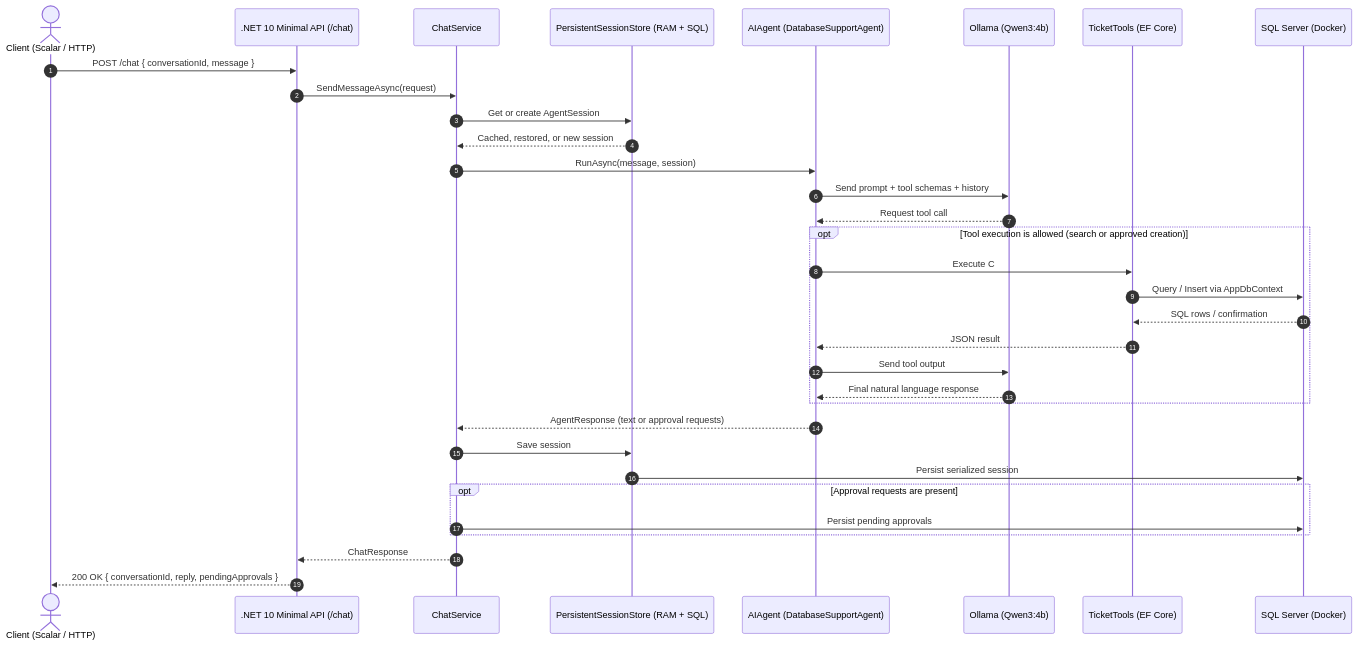
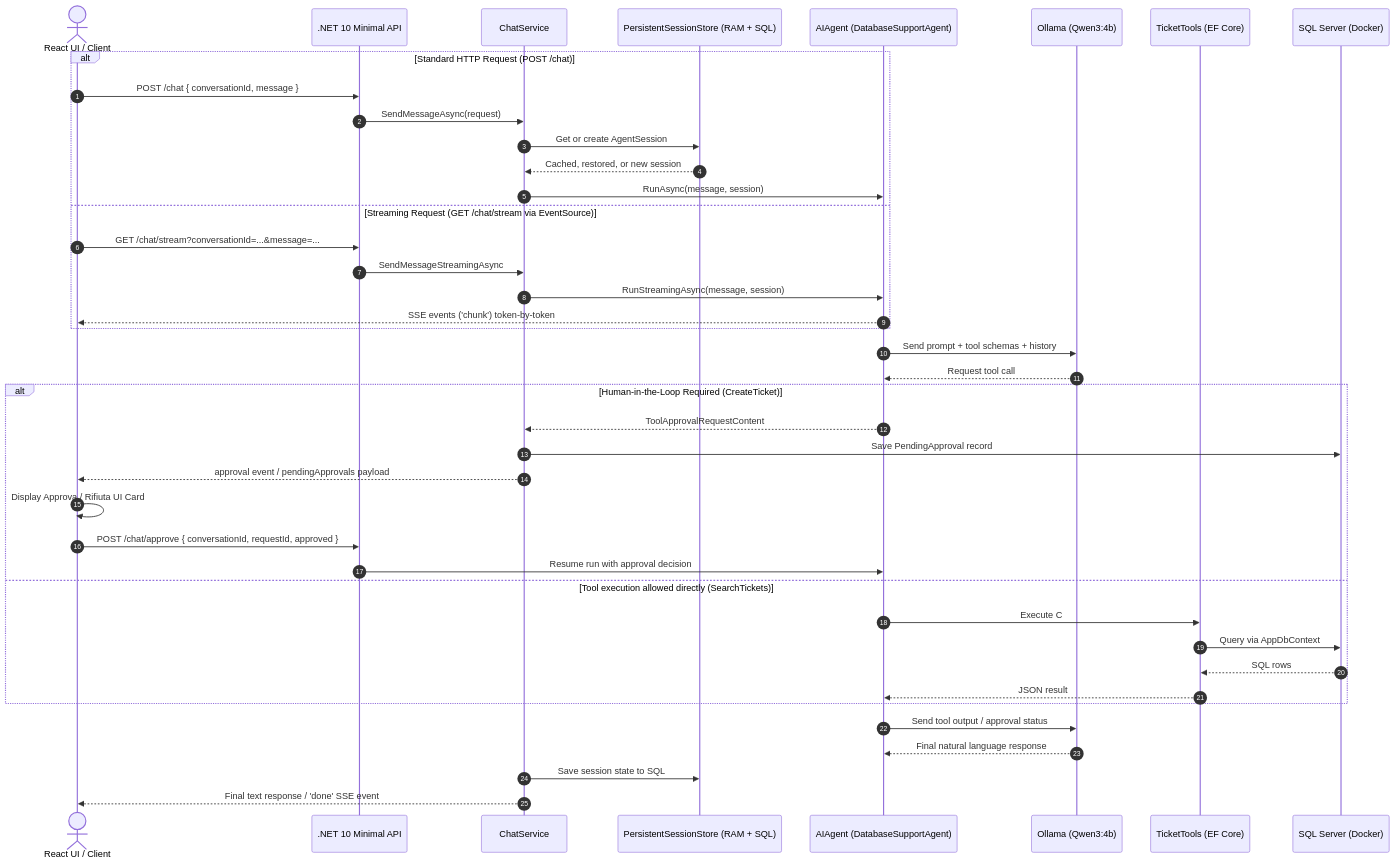
The diagram in 02-Radar-Agent-Api/README.md (Guglielmo-dev/ai-agents-learning), drawn with Mermaid before and after one commit. The commit also changed other lines of this file and 9 other files, not shown here.

Commit message:
feat(api): Add new endpoint chat/stream to add streaming respons in UI and add telemetry to analize time and response of Agent

````diff
--- a/02-Radar-Agent-Api/README.md
+++ b/02-Radar-Agent-Api/README.md
@@ -9,36 +9,47 @@
 ```mermaid
 sequenceDiagram
     autonumber
-    actor Client as Client (Scalar / HTTP)
-    participant API as .NET 10 Minimal API (/chat)
+    actor Client as React UI / Client
+    participant API as .NET 10 Minimal API
     participant Chat as ChatService
     participant Store as PersistentSessionStore (RAM + SQL)
     participant Agent as AIAgent (DatabaseSupportAgent)
     participant LLM as Ollama (Qwen3:4b)
     participant Tools as TicketTools (EF Core)
     participant DB as SQL Server (Docker)
 
-    Client->>API: POST /chat { conversationId, message }
-    API->>Chat: SendMessageAsync(request)
-    Chat->>Store: Get or create AgentSession
-    Store-->>Chat: Cached, restored, or new session
-    Chat->>Agent: RunAsync(message, session)
+    alt Standard HTTP Request (POST /chat)
+        Client->>API: POST /chat { conversationId, message }
+        API->>Chat: SendMessageAsync(request)
+        Chat->>Store: Get or create AgentSession
+        Store-->>Chat: Cached, restored, or new session
+        Chat->>Agent: RunAsync(message, session)
+    else Streaming Request (GET /chat/stream via EventSource)
+        Client->>API: GET /chat/stream?conversationId=...&message=...
+        API->>Chat: SendMessageStreamingAsync
+        Chat->>Agent: RunStreamingAsync(message, session)
+        Agent-->>Client: SSE events ('chunk') token-by-token
+    end
+
     Agent->>LLM: Send prompt + tool schemas + history
     LLM-->>Agent: Request tool call
-    opt Tool execution is allowed (search or approved creation)
-    Agent->>Tools: Execute C# method
-    Tools->>DB: Query / Insert via AppDbContext
-    DB-->>Tools: SQL rows / confirmation
-    Tools-->>Agent: JSON result
-    Agent->>LLM: Send tool output
+
+    alt Human-in-the-Loop Required (CreateTicket)
+        Agent-->>Chat: ToolApprovalRequestContent
+        Chat->>DB: Save PendingApproval record
+        Chat-->>Client: approval event / pendingApprovals payload
+        Client->>Client: Display Approva / Rifiuta UI Card
+        Client->>API: POST /chat/approve { conversationId, requestId, approved }
+        API->>Agent: Resume run with approval decision
+    else Tool execution allowed directly (SearchTickets)
+        Agent->>Tools: Execute C# method
+        Tools->>DB: Query via AppDbContext
+        DB-->>Tools: SQL rows
+        Tools-->>Agent: JSON result
+    end
+
+    Agent->>LLM: Send tool output / approval status
     LLM-->>Agent: Final natural language response
-    end
-    Agent-->>Chat: AgentResponse (text or approval requests)
-    Chat->>Store: Save session
-    Store->>DB: Persist serialized session
-    opt Approval requests are present
-    Chat->>DB: Persist pending approvals
-    end
-    Chat-->>API: ChatResponse
-    API-->>Client: 200 OK { conversationId, reply, pendingApprovals }
+    Chat->>Store: Save session state to SQL
+    Chat-->>Client: Final text response / 'done' SSE event
 ```
````
